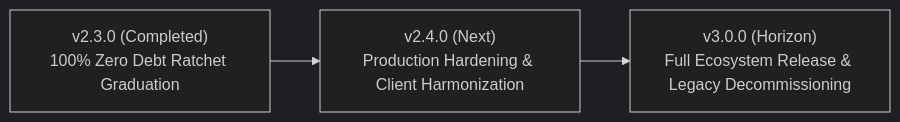
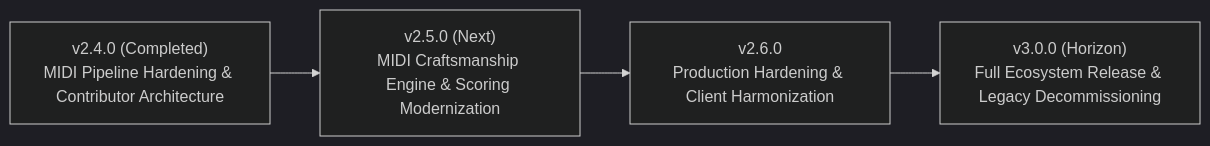
The diagram in ROADMAP.md (artibyrd/powercord), drawn with Mermaid (dark theme) before and after one commit. The commit also changed other lines of this file and 9 other files, not shown here.

````diff
--- a/ROADMAP.md
+++ b/ROADMAP.md
@@ -19,5 +19,6 @@
 ```mermaid
 graph LR
-    V23["v2.3.0 (Completed)<br/>100% Zero Debt Ratchet Graduation"] --> V24["v2.4.0 (Next)<br/>Production Hardening & Client Harmonization"]
-    V24 --> V30["v3.0.0 (Horizon)<br/>Full Ecosystem Release & Legacy Decommissioning"]
+    V24["v2.4.0 (Completed)<br/>MIDI Pipeline Hardening & Contributor Architecture"] --> V25["v2.5.0 (Next)<br/>MIDI Craftsmanship Engine & Scoring Modernization"]
+    V25 --> V26["v2.6.0<br/>Production Hardening & Client Harmonization"]
+    V26 --> V30["v3.0.0 (Horizon)<br/>Full Ecosystem Release & Legacy Decommissioning"]
 ```
````
